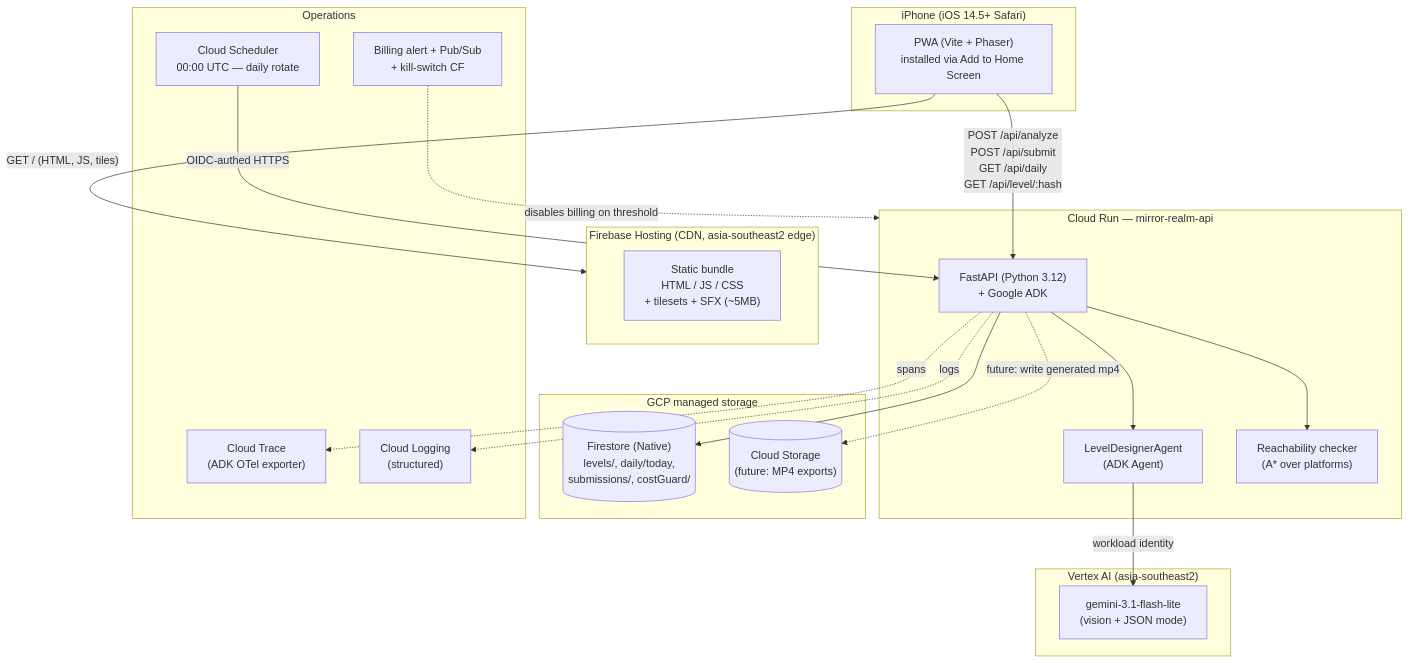
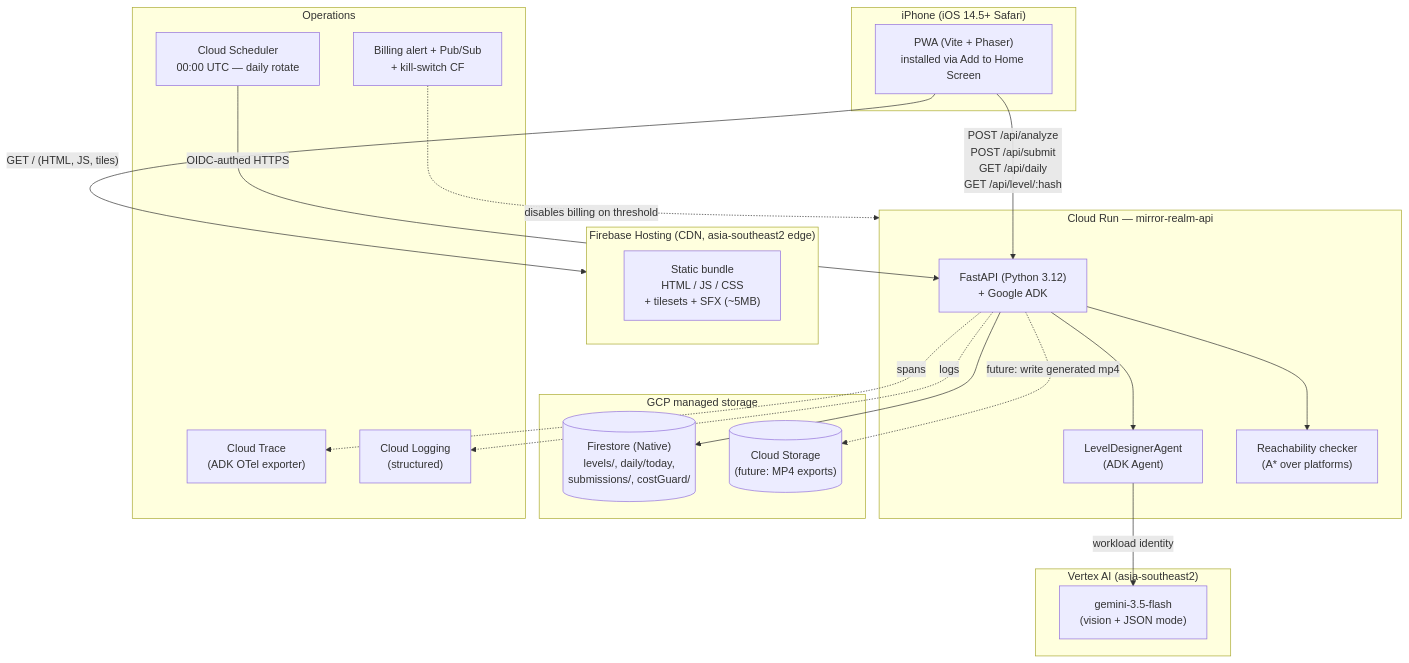
One commit to fadlytanjung/mirror-realm changed the first of 7 diagrams in docs/01-architecture.md. Above: the diagram before and after it, drawn with Mermaid. The commit also changed other lines of this file and 24 other files, not shown here.

````diff
--- a/docs/01-architecture.md
+++ b/docs/01-architecture.md
@@ -25,44 +25,44 @@
 ```mermaid
 flowchart TB
     subgraph iPhone["iPhone (iOS 14.5+ Safari)"]
         PWA["PWA (Vite + Phaser)<br/>installed via Add to Home Screen"]
     end
 
     subgraph FBH["Firebase Hosting (CDN, asia-southeast2 edge)"]
         Assets["Static bundle<br/>HTML / JS / CSS<br/>+ tilesets + SFX (~5MB)"]
     end
 
     subgraph Run["Cloud Run — mirror-realm-api"]
         FastAPI["FastAPI (Python 3.12)<br/>+ Google ADK"]
         Agent["LevelDesignerAgent<br/>(ADK Agent)"]
         Reach["Reachability checker<br/>(A* over platforms)"]
         FastAPI --> Agent
         FastAPI --> Reach
     end
 
     subgraph Vertex["Vertex AI (asia-southeast2)"]
-        Gemini["gemini-3.1-flash-lite<br/>(vision + JSON mode)"]
+        Gemini["gemini-3.5-flash<br/>(vision + JSON mode)"]
     end
 
     subgraph Storage["GCP managed storage"]
         FS[("Firestore (Native)<br/>levels/, daily/today,<br/>submissions/, costGuard/")]
         GCS[("Cloud Storage<br/>(future: MP4 exports)")]
     end
 
     subgraph Ops["Operations"]
         Sched["Cloud Scheduler<br/>00:00 UTC — daily rotate"]
         Trace["Cloud Trace<br/>(ADK OTel exporter)"]
         Logs["Cloud Logging<br/>(structured)"]
         Budget["Billing alert + Pub/Sub<br/>+ kill-switch CF"]
     end
 
     PWA -->|"GET / (HTML, JS, tiles)"| FBH
     PWA -->|"POST /api/analyze<br/>POST /api/submit<br/>GET /api/daily<br/>GET /api/level/:hash"| FastAPI
     Agent -->|"workload identity"| Gemini
     FastAPI --> FS
     FastAPI -.->|"future: write generated mp4"| GCS
     Sched -->|"OIDC-authed HTTPS"| FastAPI
     FastAPI -.->|"spans"| Trace
     FastAPI -.->|"logs"| Logs
     Budget -.->|"disables billing on threshold"| Run
 ```
````
